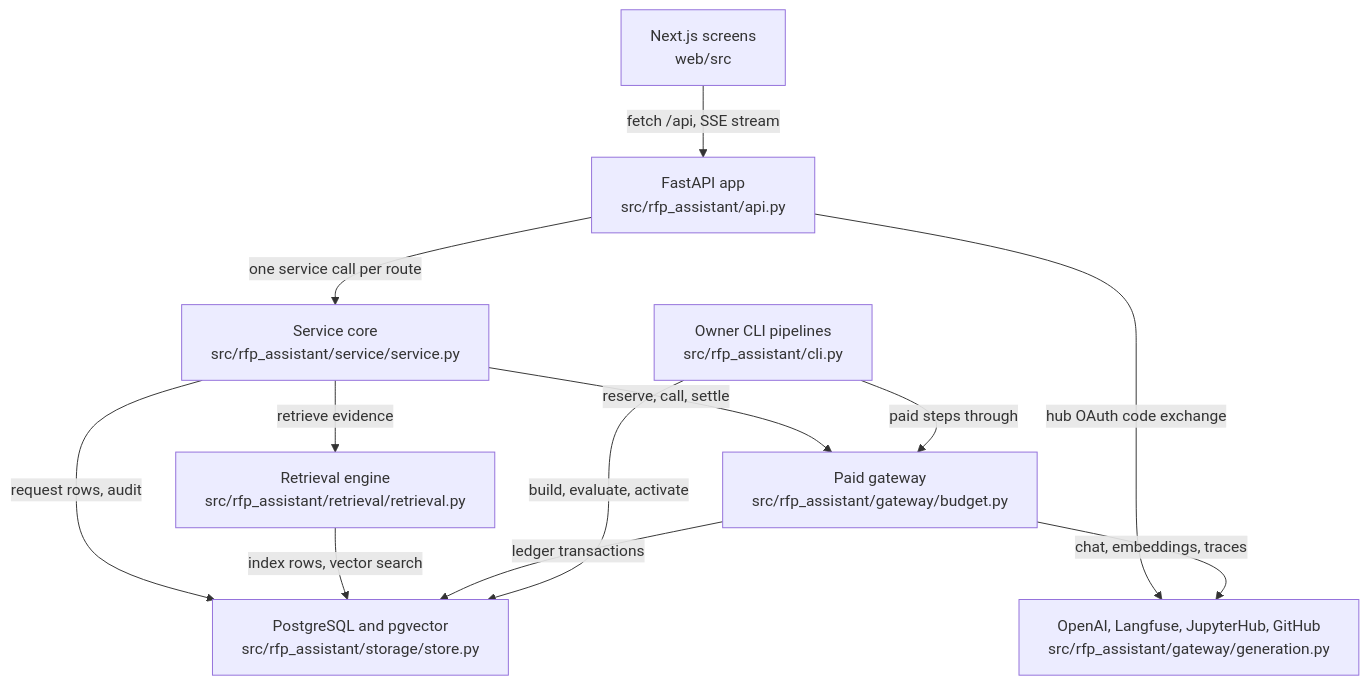
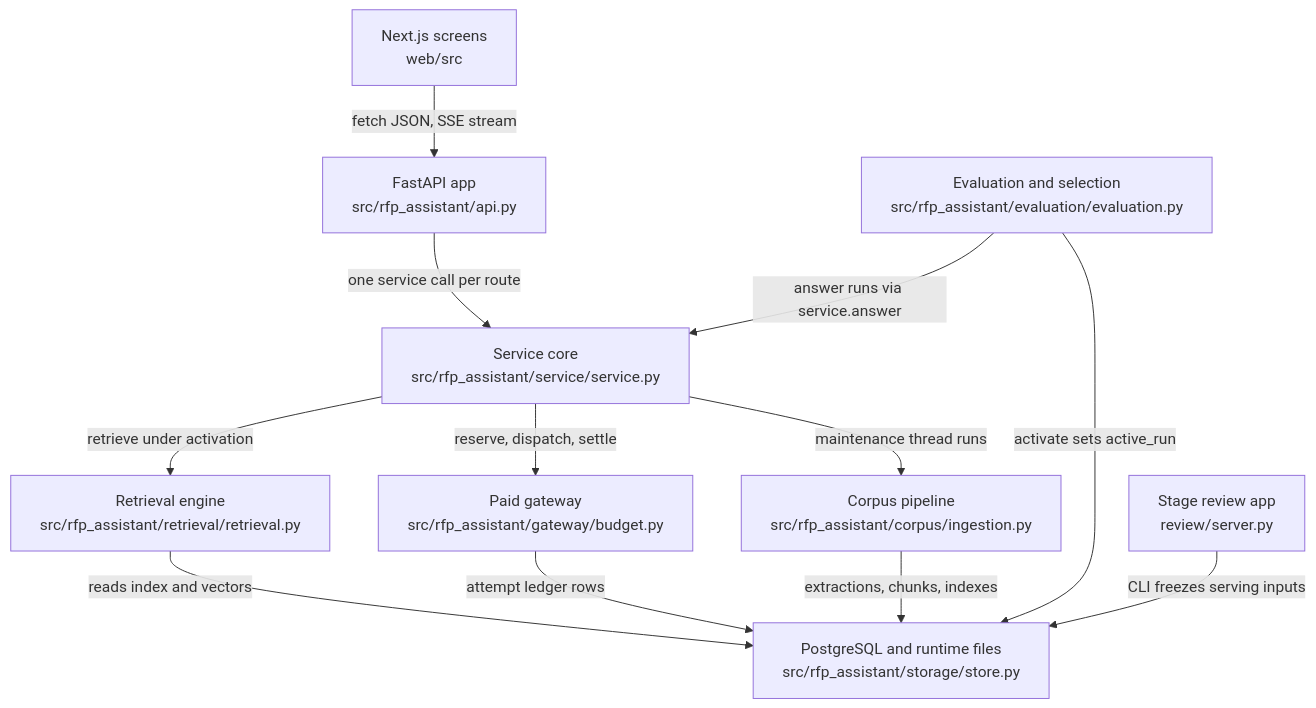
Before and after one commit to littleeeeebit/project-codeit-mid: the diagram in .omm/overall-architecture/diagram.mmd, drawn with Mermaid. The commit also changed 424 other files, not shown here.

```diff
--- a/.omm/overall-architecture/diagram.mmd
+++ b/.omm/overall-architecture/diagram.mmd
@@ -1,12 +1,12 @@
 graph TD
-  web-screens["Next.js screens\nweb/src"] -->|"fetch /api, SSE stream"| http-api["FastAPI app\nsrc/rfp_assistant/api.py"]
-  http-api -->|"one service call per route"| service-core["Service core\nsrc/rfp_assistant/service/service.py"]
-  http-api -->|"hub OAuth code exchange"| external-services["OpenAI, Langfuse, JupyterHub, GitHub\nsrc/rfp_assistant/gateway/generation.py"]
-  service-core -->|"retrieve evidence"| retrieval-engine["Retrieval engine\nsrc/rfp_assistant/retrieval/retrieval.py"]
-  service-core -->|"reserve, call, settle"| paid-gateway["Paid gateway\nsrc/rfp_assistant/gateway/budget.py"]
-  service-core -->|"request rows, audit"| postgres-storage["PostgreSQL and pgvector\nsrc/rfp_assistant/storage/store.py"]
-  retrieval-engine -->|"index rows, vector search"| postgres-storage
-  paid-gateway -->|"ledger transactions"| postgres-storage
-  paid-gateway -->|"chat, embeddings, traces"| external-services
-  offline-pipelines["Owner CLI pipelines\nsrc/rfp_assistant/cli.py"] -->|"build, evaluate, activate"| postgres-storage
-  offline-pipelines -->|"paid steps through"| paid-gateway
+  web-screens["Next.js screens\nweb/src"] -->|fetch JSON, SSE stream| http-api["FastAPI app\nsrc/rfp_assistant/api.py"]
+  http-api -->|one service call per route| service-core["Service core\nsrc/rfp_assistant/service/service.py"]
+  service-core -->|retrieve under activation| retrieval-engine["Retrieval engine\nsrc/rfp_assistant/retrieval/retrieval.py"]
+  service-core -->|reserve, dispatch, settle| paid-gateway["Paid gateway\nsrc/rfp_assistant/gateway/budget.py"]
+  retrieval-engine -->|reads index and vectors| postgres-storage["PostgreSQL and runtime files\nsrc/rfp_assistant/storage/store.py"]
+  paid-gateway -->|attempt ledger rows| postgres-storage
+  service-core -->|maintenance thread runs| corpus-pipeline["Corpus pipeline\nsrc/rfp_assistant/corpus/ingestion.py"]
+  corpus-pipeline -->|extractions, chunks, indexes| postgres-storage
+  evaluation-selection["Evaluation and selection\nsrc/rfp_assistant/evaluation/evaluation.py"] -->|answer runs via service.answer| service-core
+  evaluation-selection -->|activate sets active_run| postgres-storage
+  stage-review-app["Stage review app\nreview/server.py"] -->|CLI freezes serving inputs| postgres-storage
```
